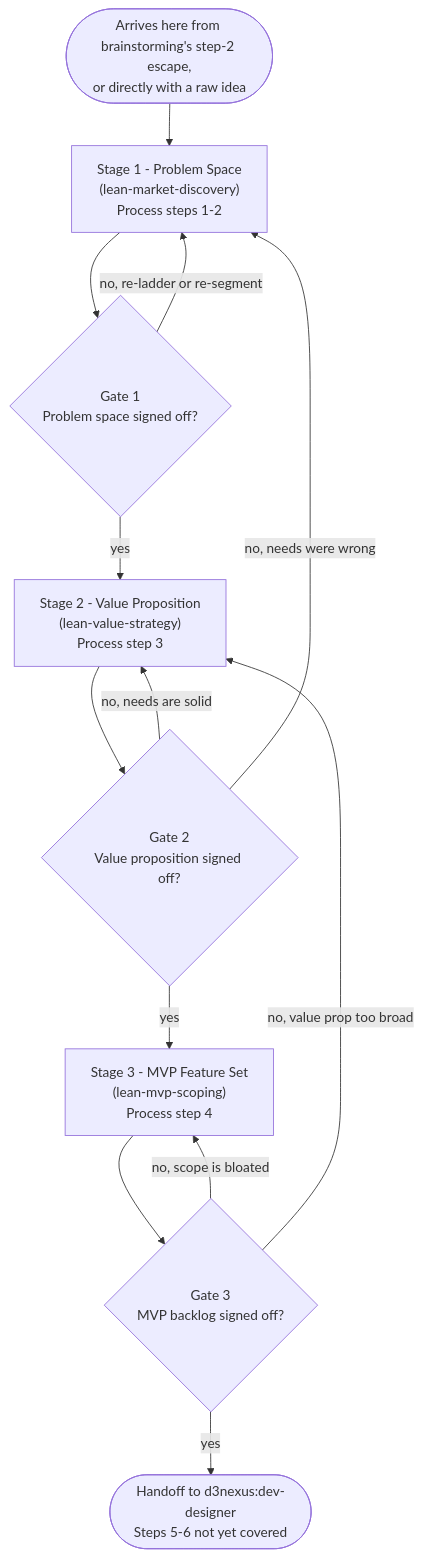
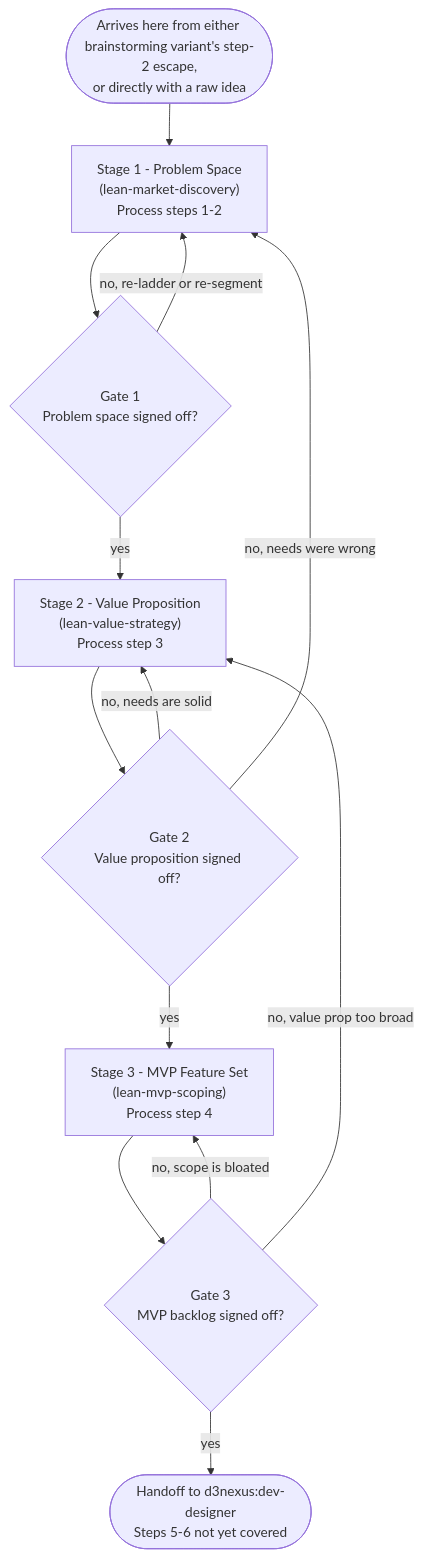
Before and after one commit to DanhDue/ai-agent-tools: the diagram in skills/lean-product-lifecycle/SKILL.md, drawn with Mermaid. The commit also changed other lines of this file and 10 other files, not shown here.

````diff
--- a/skills/lean-product-lifecycle/SKILL.md
+++ b/skills/lean-product-lifecycle/SKILL.md
@@ -77,24 +77,24 @@
 ```mermaid
 flowchart TD
-    IN(["Arrives here from brainstorming's step-2 escape,<br/>or directly with a raw idea"])
+    IN(["Arrives here from either brainstorming variant's step-2 escape,<br/>or directly with a raw idea"])
     S1["Stage 1 - Problem Space<br/>(lean-market-discovery)<br/>Process steps 1-2"]
     G1{"Gate 1<br/>Problem space signed off?"}
     S2["Stage 2 - Value Proposition<br/>(lean-value-strategy)<br/>Process step 3"]
     G2{"Gate 2<br/>Value proposition signed off?"}
     S3["Stage 3 - MVP Feature Set<br/>(lean-mvp-scoping)<br/>Process step 4"]
     G3{"Gate 3<br/>MVP backlog signed off?"}
     OUT(["Handoff to d3nexus:dev-designer<br/>Steps 5-6 not yet covered"])
 
     IN --> S1
     S1 --> G1
     G1 -->|no, re-ladder or re-segment| S1
     G1 -->|yes| S2
     S2 --> G2
     G2 -->|no, needs are solid| S2
     G2 -->|no, needs were wrong| S1
     G2 -->|yes| S3
     S3 --> G3
     G3 -->|no, scope is bloated| S3
     G3 -->|no, value prop too broad| S2
     G3 -->|yes| OUT
 ```
````
